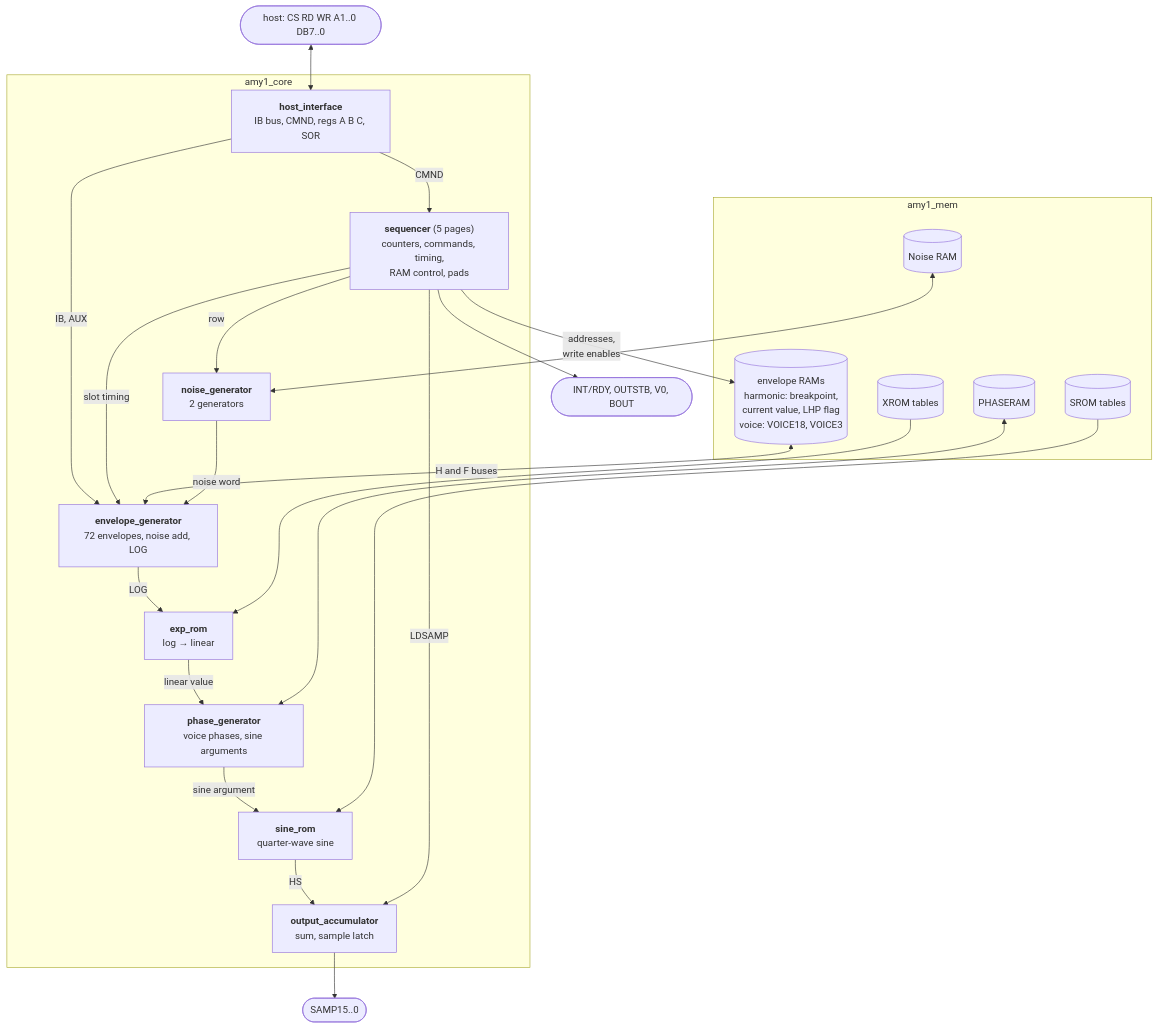
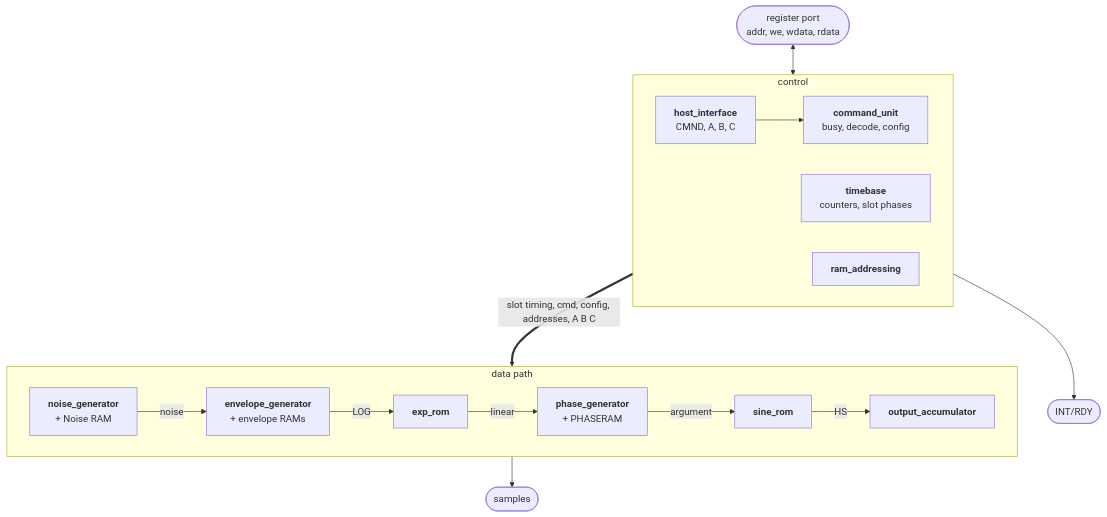
One commit to scrameta/atari_xl_fpga changed the first of 4 diagrams in atari_800xl/atari_chips/pokeyv2/AMY/README.md. Above: the diagram before and after it, drawn with Mermaid. The commit also changed other lines of this file and 4 other files, not shown here.

````diff
--- a/atari_800xl/atari_chips/pokeyv2/AMY/README.md
+++ b/atari_800xl/atari_chips/pokeyv2/AMY/README.md
@@ -14,43 +18,21 @@
 ```mermaid
 flowchart TB
-    host(["host: CS RD WR A1..0 DB7..0"])
-    pins(["INT/RDY, OUTSTB, V0, BOUT"])
-    subgraph core["amy1_core"]
-        hi["<b>host_interface</b><br/>IB bus, CMND, regs A B C, SOR"]
-        seq["<b>sequencer</b> (5 pages)<br/>counters, commands, timing,<br/>RAM control, pads"]
-        nz["<b>noise_generator</b><br/>2 generators"]
-        eg["<b>envelope_generator</b><br/>72 envelopes, noise add, LOG"]
-        xr["<b>exp_rom</b><br/>log → linear"]
-        pg["<b>phase_generator</b><br/>voice phases, sine arguments"]
-        sr["<b>sine_rom</b><br/>quarter-wave sine"]
-        acc["<b>output_accumulator</b><br/>sum, sample latch"]
+    host(["register port<br/>addr, we, wdata, rdata"]) <--> hi
+    subgraph ctl["control"]
+        direction LR
+        hi["<b>host_interface</b><br/>CMND, A, B, C"] --> cu["<b>command_unit</b><br/>busy, decode, config"]
+        tb["<b>timebase</b><br/>counters, slot phases"]
+        ra["<b>ram_addressing</b>"]
     end
-    subgraph mem["amy1_mem"]
-        eram[("envelope RAMs<br/>harmonic: breakpoint,<br/>current value, LHP flag<br/>voice: VOICE18, VOICE3")]
-        nram[("Noise RAM")]
-        xrom[("XROM tables")]
-        pram[("PHASERAM")]
-        srom[("SROM tables")]
+    cu --> rdy(["INT/RDY"])
+    ctl == "slot timing, cmd, config, addresses, A B C" ==> dp
+    subgraph dp["data path"]
+        direction LR
+        nz["<b>noise_generator</b><br/>+ Noise RAM"] -- "noise" --> eg["<b>envelope_generator</b><br/>+ envelope RAMs"]
+        eg -- "LOG" --> xr["<b>exp_rom</b>"]
+        xr -- "linear" --> pg["<b>phase_generator</b><br/>+ PHASERAM"]
+        pg -- "argument" --> sr["<b>sine_rom</b>"]
+        sr -- "HS" --> acc["<b>output_accumulator</b>"]
     end
-    samp(["SAMP15..0"])
-
-    host <--> hi
-    hi -- "CMND" --> seq
-    seq --> pins
-    hi -- "IB, AUX" --> eg
-    seq -- "slot timing" --> eg
-    seq -- "row" --> nz
-    seq -- "addresses,<br/>write enables" --> eram
-    eram <-->|"H and F buses"| eg
-    nram <--> nz
-    nz -- "noise word" --> eg
-    eg -- "LOG" --> xr
-    xrom --> xr
-    xr -- "linear value" --> pg
-    pram <--> pg
-    pg -- "sine argument" --> sr
-    srom --> sr
-    sr -- "HS" --> acc
-    seq -- "LDSAMP" --> acc
-    acc --> samp
+    acc --> samp(["samples"])
 ```
````
